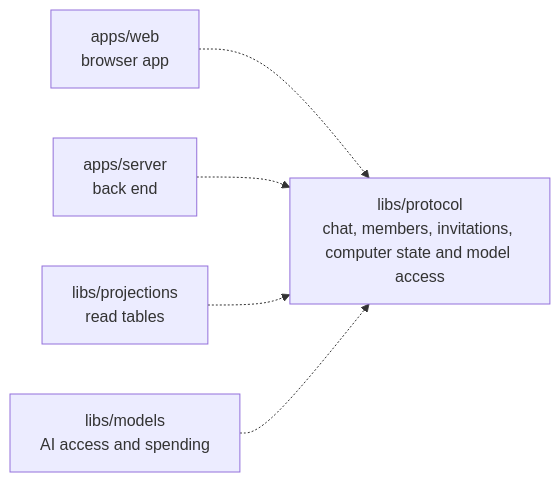
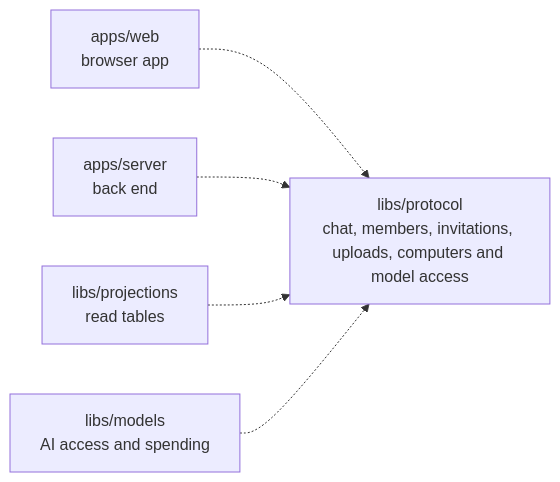
Before and after one commit to elewa-git/opencrane-new: the diagram in libs/protocol/README.md, drawn with Mermaid. The commit also changed 10 other files, not shown here.

Commit message:
🛡️ Fix model access reads for every model

````diff
--- a/libs/protocol/README.md
+++ b/libs/protocol/README.md
@@ -11,7 +11,7 @@
 ```mermaid
 flowchart LR
-  web["apps/web<br/>browser app"] -.-> protocol["libs/protocol<br/>chat, members, invitations, computer state and model access"]
+  web["apps/web<br/>browser app"] -.-> protocol["libs/protocol<br/>chat, members, invitations, uploads, computers and model access"]
   server["apps/server<br/>back end"] -.-> protocol
   projections["libs/projections<br/>read tables"] -.-> protocol
   models["libs/models<br/>AI access and spending"] -.-> protocol
 ```
````
